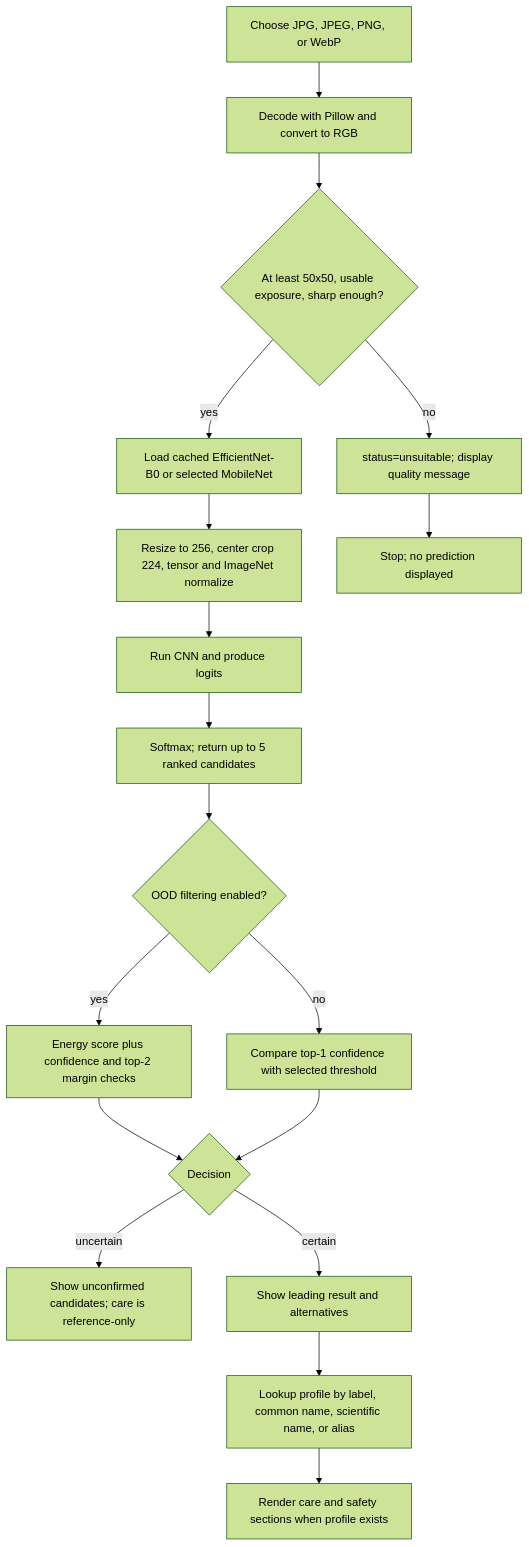
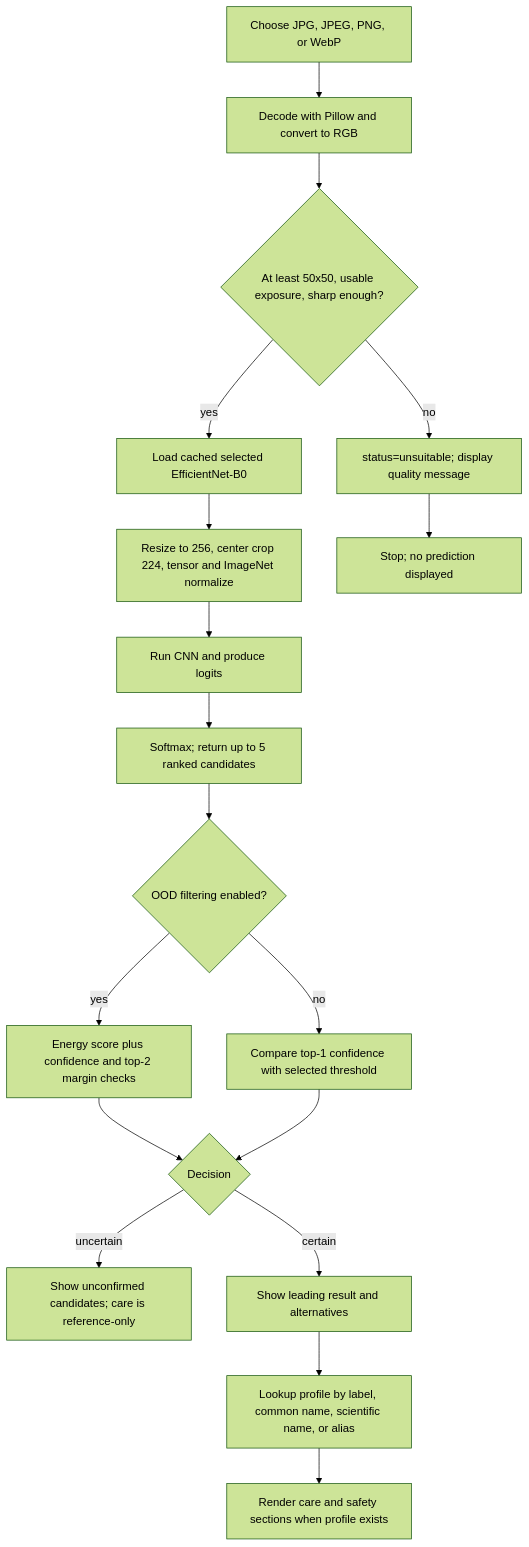
Before and after one commit to manikeshwari54/FloraSense_AI: the second of 3 diagrams in PROJECT_DOCUMENTATION.md, drawn with Mermaid (forest theme). The commit also changed other lines of this file and 26 other files, not shown here.

````diff
--- a/PROJECT_DOCUMENTATION.md
+++ b/PROJECT_DOCUMENTATION.md
@@ -182,20 +203,20 @@
 ```mermaid
 flowchart TD
     A[Choose JPG, JPEG, PNG, or WebP] --> B[Decode with Pillow and convert to RGB]
     B --> C{At least 50x50, usable exposure, sharp enough?}
     C -- no --> D[status=unsuitable; display quality message]
-    C -- yes --> E[Load cached EfficientNet-B0 or selected MobileNet]
+    C -- yes --> E[Load cached selected EfficientNet-B0]
     E --> F[Resize to 256, center crop 224, tensor and ImageNet normalize]
     F --> G[Run CNN and produce logits]
     G --> H[Softmax; return up to 5 ranked candidates]
     H --> I{OOD filtering enabled?}
     I -- yes --> J[Energy score plus confidence and top-2 margin checks]
     I -- no --> K[Compare top-1 confidence with selected threshold]
     J --> L{Decision}
     K --> L
     L -- uncertain --> M[Show unconfirmed candidates; care is reference-only]
     L -- certain --> N[Show leading result and alternatives]
     N --> O[Lookup profile by label, common name, scientific name, or alias]
     O --> P[Render care and safety sections when profile exists]
     D --> Q[Stop; no prediction displayed]
 ```
````
